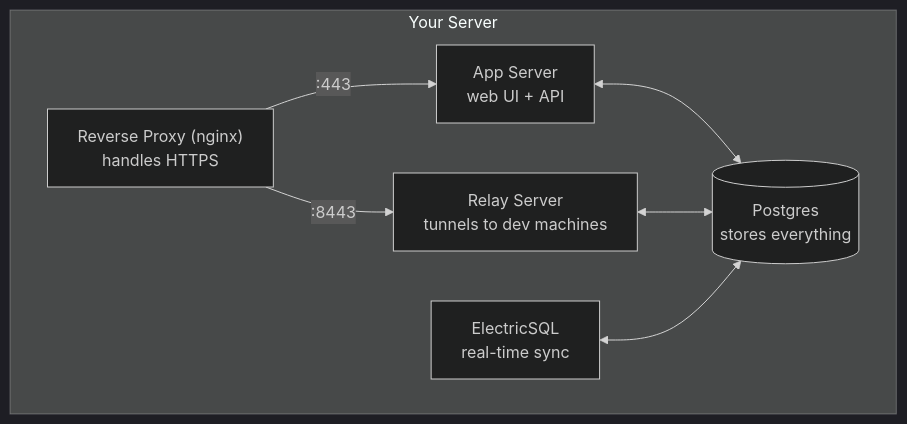
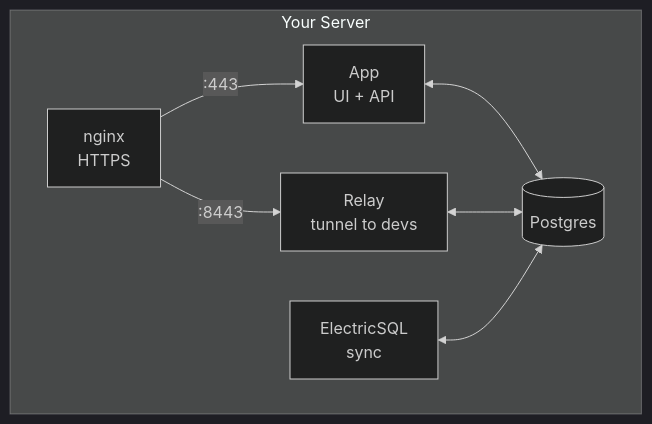
One commit to gabrielbelli/vibekanban-deploy changed the second of 3 diagrams in README.md. Above: the diagram before and after it, drawn with Mermaid (dark theme). The commit also changed other lines of this file, not shown here.

````diff
--- a/README.md
+++ b/README.md
@@ -30,16 +39,16 @@
 ```mermaid
 graph TB
-    subgraph server["Your Server"]
-        proxy["Reverse Proxy (nginx)<br/>handles HTTPS"]
-        app["App Server<br/>web UI + API"]
-        relay["Relay Server<br/>tunnels to dev machines"]
-        db[(Postgres<br/>stores everything)]
-        electric["ElectricSQL<br/>real-time sync"]
+    subgraph s["Your Server"]
+        proxy["nginx<br/>HTTPS"]
+        app["App<br/>UI + API"]
+        relay["Relay<br/>tunnel to devs"]
+        db[(Postgres)]
+        electric["ElectricSQL<br/>sync"]
 
         proxy -->|:443| app
         proxy -->|:8443| relay
         app <--> db
         relay <--> db
         electric <--> db
     end
 ```
````
